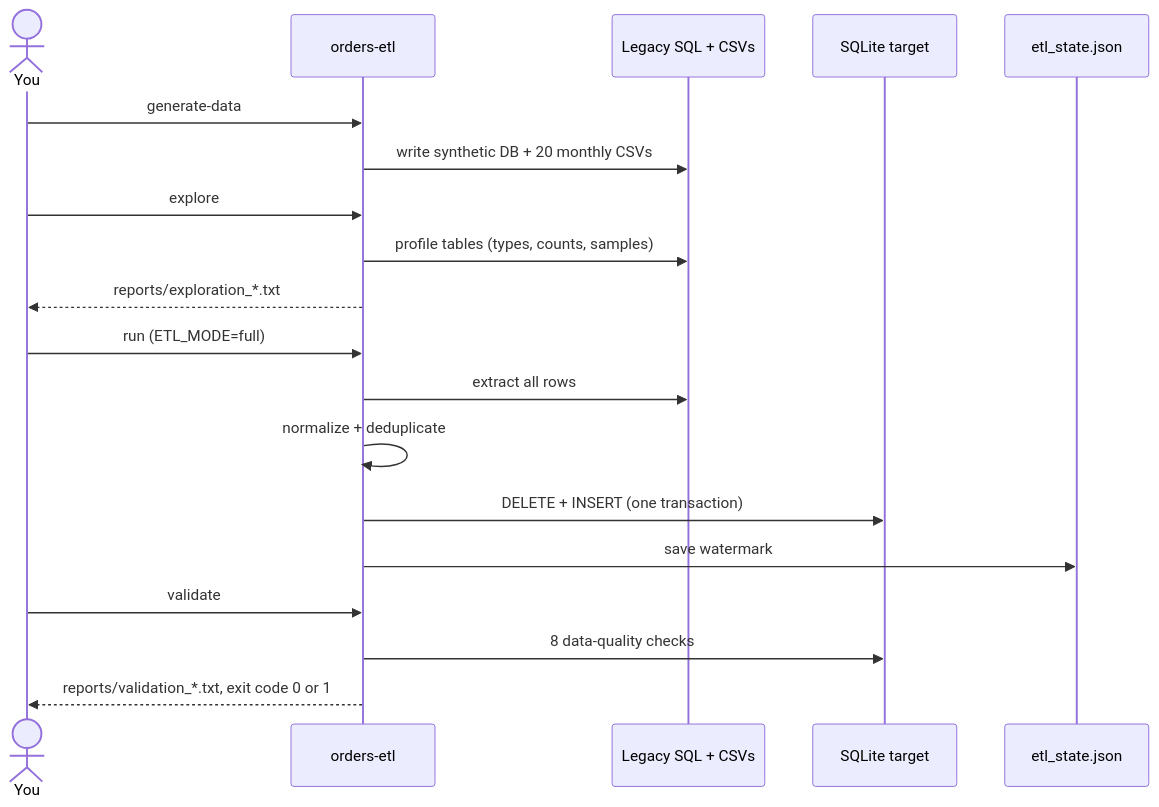
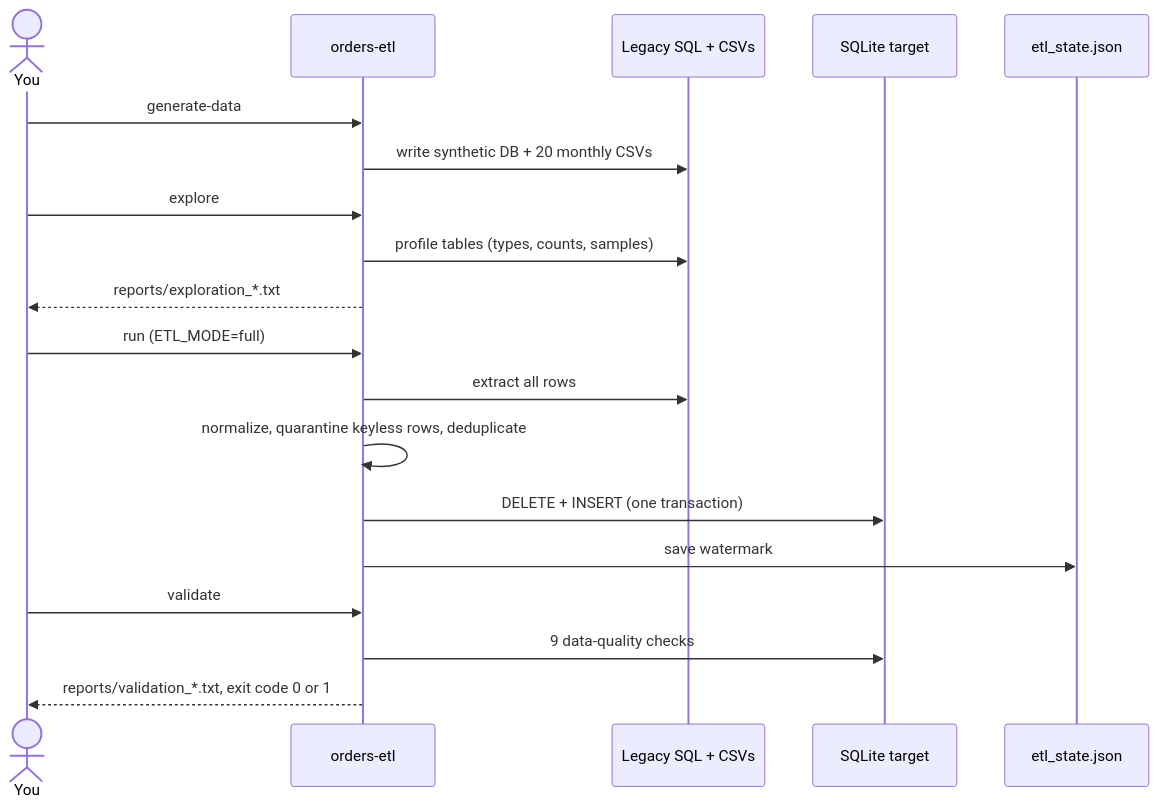
Before and after one commit to benedetto597/multi-source-orders-etl: the third of 5 diagrams in README.md, drawn with Mermaid. The commit also changed other lines of this file and 1 other file, not shown here.

Commit message:
docs: document quarantine and refresh sample numbers and diagrams

````diff
--- a/README.md
+++ b/README.md
@@ -68,22 +72,22 @@
 ```mermaid
 sequenceDiagram
     actor U as You
     participant CLI as orders-etl
     participant SRC as Legacy SQL + CSVs
     participant TGT as SQLite target
     participant ST as etl_state.json
 
     U->>CLI: generate-data
     CLI->>SRC: write synthetic DB + 20 monthly CSVs
     U->>CLI: explore
     CLI->>SRC: profile tables (types, counts, samples)
     CLI-->>U: reports/exploration_*.txt
     U->>CLI: run (ETL_MODE=full)
     CLI->>SRC: extract all rows
-    CLI->>CLI: normalize + deduplicate
+    CLI->>CLI: normalize, quarantine keyless rows, deduplicate
     CLI->>TGT: DELETE + INSERT (one transaction)
     CLI->>ST: save watermark
     U->>CLI: validate
-    CLI->>TGT: 8 data-quality checks
+    CLI->>TGT: 9 data-quality checks
     CLI-->>U: reports/validation_*.txt, exit code 0 or 1
 ```
````
